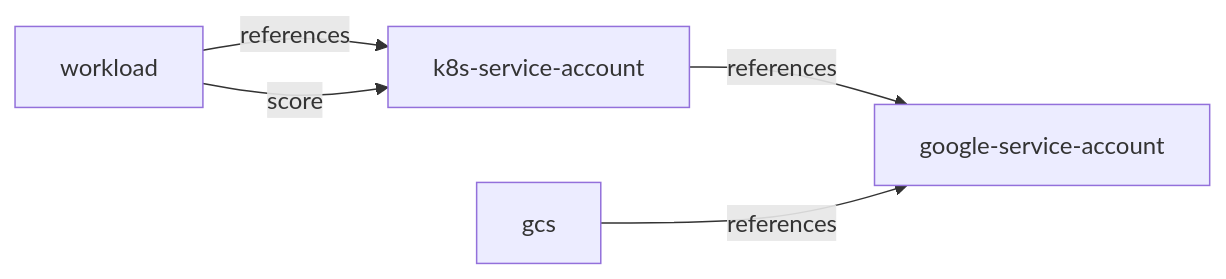
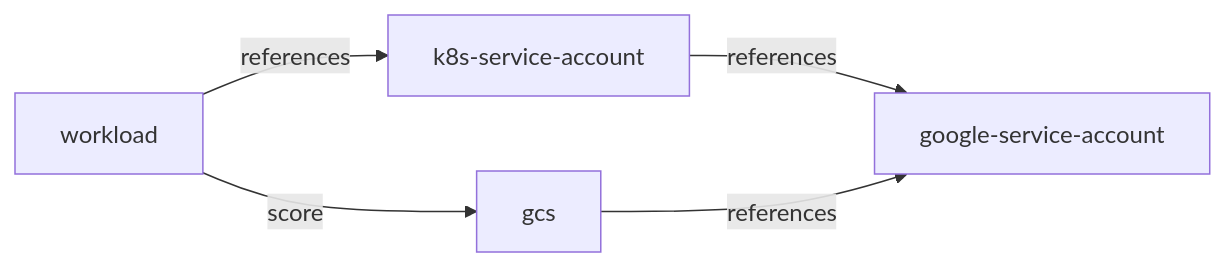
The diagram in resources/gcs-full/README.md (TEST-ACCOUNT-APURV/redis-test), drawn with Mermaid before and after one commit.

````diff
--- a/resources/gcs-full/README.md
+++ b/resources/gcs-full/README.md
@@ -15,7 +15,7 @@
 ```mermaid
 graph LR
   workload -- references --> k8s-service-account
   k8s-service-account -- references --> google-service-account
   gcs -- references --> google-service-account
-  workload -- score --> k8s-service-account
+  workload -- score --> gcs
 ```
````
